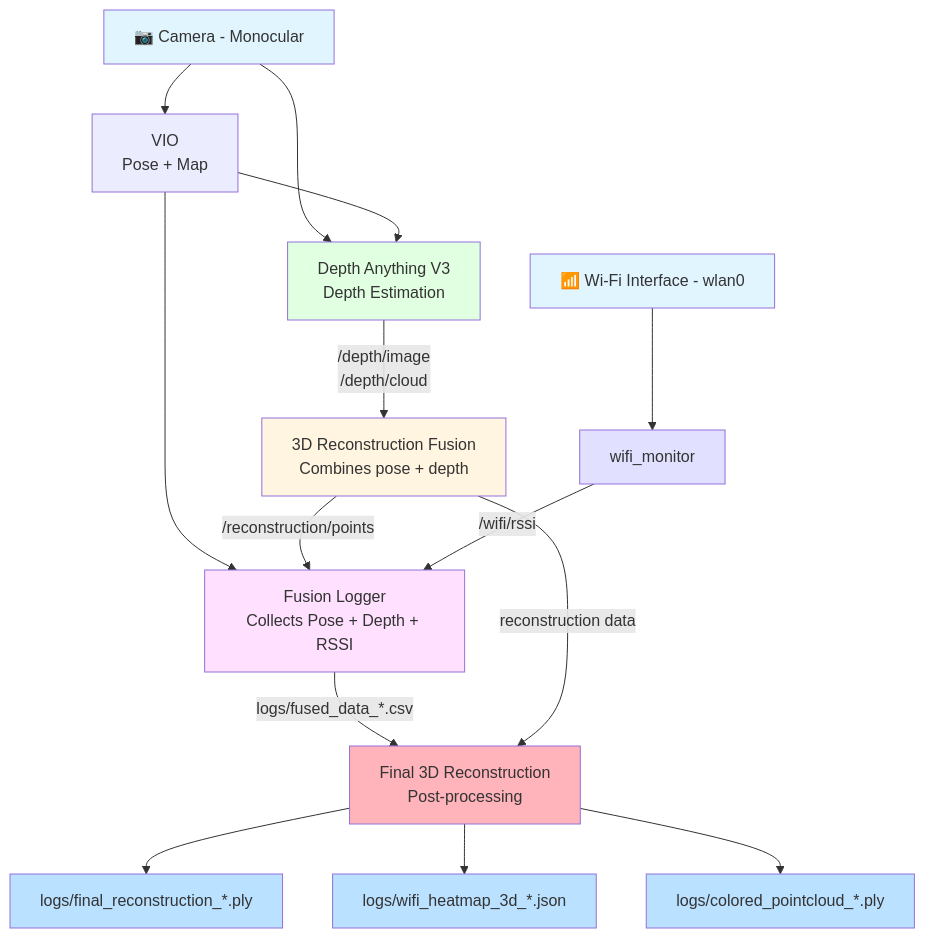
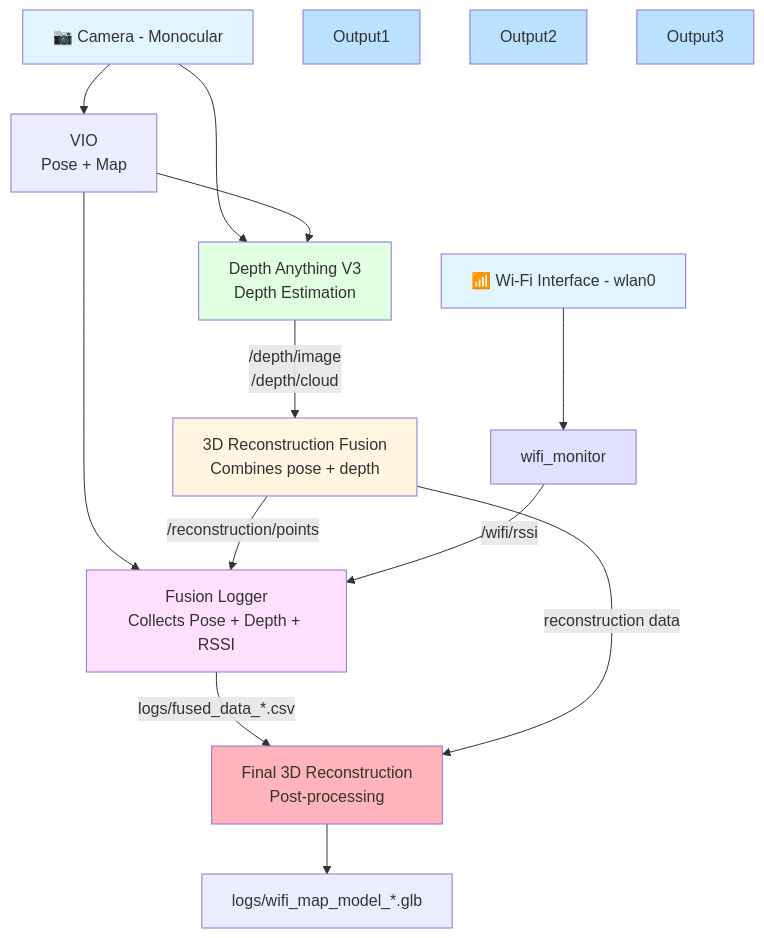
Before and after one commit to Shluo03/AirSniff: the first of 6 diagrams in README.md, drawn with Mermaid.

````diff
--- a/README.md
+++ b/README.md
@@ -5,34 +5,34 @@
 ```mermaid
 flowchart TD
     Camera[📷 Camera - Monocular] --> VIO[VIO<br/>Pose + Map]
     Camera --> Depth[Depth Anything V3<br/>Depth Estimation]
     
     VIO -->| | Depth
     VIO -->| | Logger[Fusion Logger<br/>Collects Pose + Depth + RSSI]
     
     Depth -->|/depth/image<br/>/depth/cloud| Recon[3D Reconstruction Fusion<br/>Combines pose + depth]
     
     Recon -->|/reconstruction/points| Logger
     
     WiFi[📶 Wi-Fi Interface - wlan0] --> Monitor[wifi_monitor]
     Monitor -->|/wifi/rssi| Logger
     
     Logger -->|logs/fused_data_*.csv| Final[Final 3D Reconstruction<br/>Post-processing]
     Recon -->|reconstruction data| Final
     
-    Final --> Output1[logs/final_reconstruction_*.ply]
-    Final --> Output2[logs/wifi_heatmap_3d_*.json]
-    Final --> Output3[logs/colored_pointcloud_*.ply]
+   
+    Final --> Output[logs/wifi_map_model_*.glb]
+   
     
     style Camera fill:#e1f5ff
     
     style Depth fill:#e1ffe1
     style Recon fill:#fff5e1
     style WiFi fill:#e1f5ff
     style Monitor fill:#e1e1ff
     style Logger fill:#ffe1ff
     style Final fill:#ffb3ba
     style Output1 fill:#bae1ff
     style Output2 fill:#bae1ff
     style Output3 fill:#bae1ff
 ```
````
